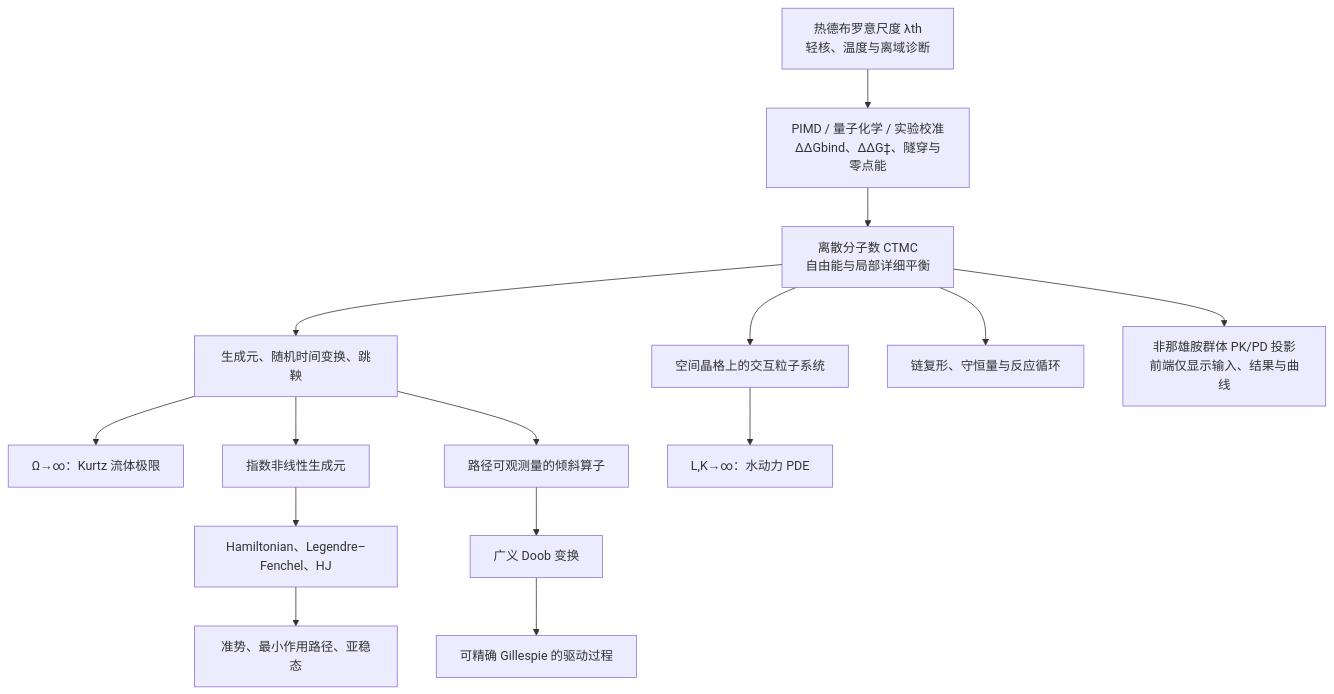
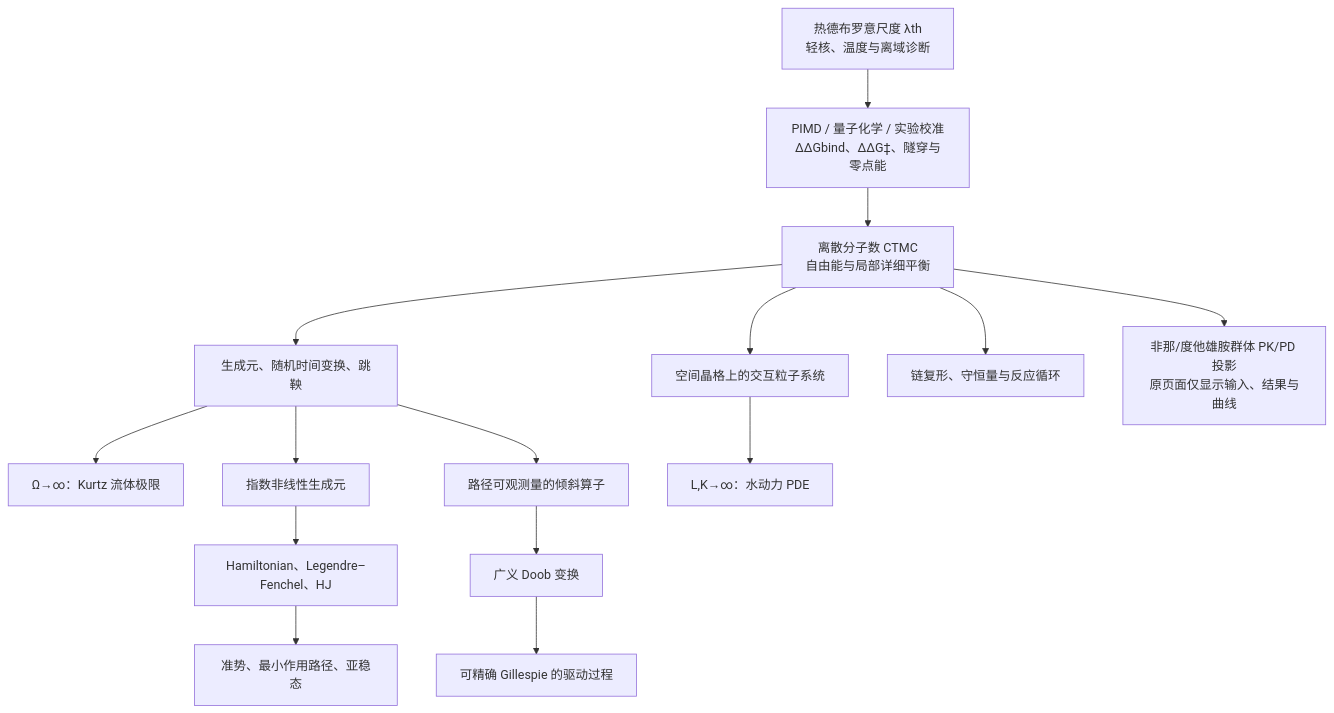
Before and after one commit to yumeminekosan/Hrt-kaffee: the diagram in ar-kotlin/docs/FLOW_AUDIT.md, drawn with Mermaid. The commit also changed other lines of this file and 21 other files, not shown here.

````diff
--- a/ar-kotlin/docs/FLOW_AUDIT.md
+++ b/ar-kotlin/docs/FLOW_AUDIT.md
@@ -5,17 +5,17 @@
 ```mermaid
 flowchart TD
     Q["热德布罗意尺度 λth<br/>轻核、温度与离域诊断"] --> Q1["PIMD / 量子化学 / 实验校准<br/>ΔΔGbind、ΔΔG‡、隧穿与零点能"]
     Q1 --> A["离散分子数 CTMC<br/>自由能与局部详细平衡"]
     A --> B["生成元、随机时间变换、跳鞅"]
     B --> C["Ω→∞：Kurtz 流体极限"]
     B --> D["指数非线性生成元"]
     D --> E["Hamiltonian、Legendre–Fenchel、HJ"]
     E --> F["准势、最小作用路径、亚稳态"]
     B --> G["路径可观测量的倾斜算子"]
     G --> H["广义 Doob 变换"]
     H --> I["可精确 Gillespie 的驱动过程"]
     A --> J["空间晶格上的交互粒子系统"]
     J --> K["L,K→∞：水动力 PDE"]
     A --> L["链复形、守恒量与反应循环"]
-    A --> M["非那雄胺群体 PK/PD 投影<br/>前端仅显示输入、结果与曲线"]
+    A --> M["非那/度他雄胺群体 PK/PD 投影<br/>原页面仅显示输入、结果与曲线"]
 ```
````
